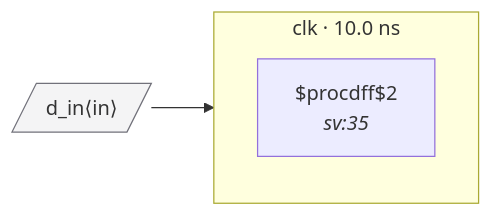
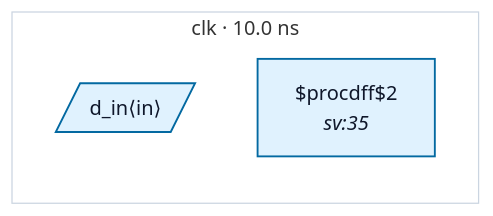
The diagram in tests/fixtures/bad_marked_reset_polarity/README.md (rtl-buddy/rtl-buddy-cdc), drawn with Mermaid before and after one commit. The commit also changed 71 other files, not shown here.

````diff
--- a/tests/fixtures/bad_marked_reset_polarity/README.md
+++ b/tests/fixtures/bad_marked_reset_polarity/README.md
@@ -25,11 +25,13 @@
 ```mermaid
 %% bad_marked_reset_polarity — generated by rtl-buddy-cdc render
 flowchart LR
   subgraph clk_clk["clk · 10.0 ns"]
     direction TB
-    f_7ce4cbf6["$procdff$2<br/><i>sv:35</i>"]
+    p_in_d_in[/"d_in⟨in⟩"/]:::ckcls_clk
+    f_7ce4cbf6["$procdff$2<br/><i>sv:35</i>"]:::ckcls_clk
   end
-  p_in_d_in[/"d_in⟨in⟩"/]:::port
-  p_in_d_in --> f_7ce4cbf6
-  classDef port fill:#f4f4f5,stroke:#71717a
+  style clk_clk fill:none,stroke:#cbd5e1
+  classDef ckcls_clk fill:#e0f2fe,stroke:#0369a1,stroke-width:1.5px,color:#0f172a
+  classDef port_unassigned fill:#f4f4f5,stroke:#71717a,color:#0f172a
+  classDef ckcls_legend_neutral fill:#ffffff,stroke:#cbd5e1,stroke-width:1px,color:#0f172a
 ```
````
